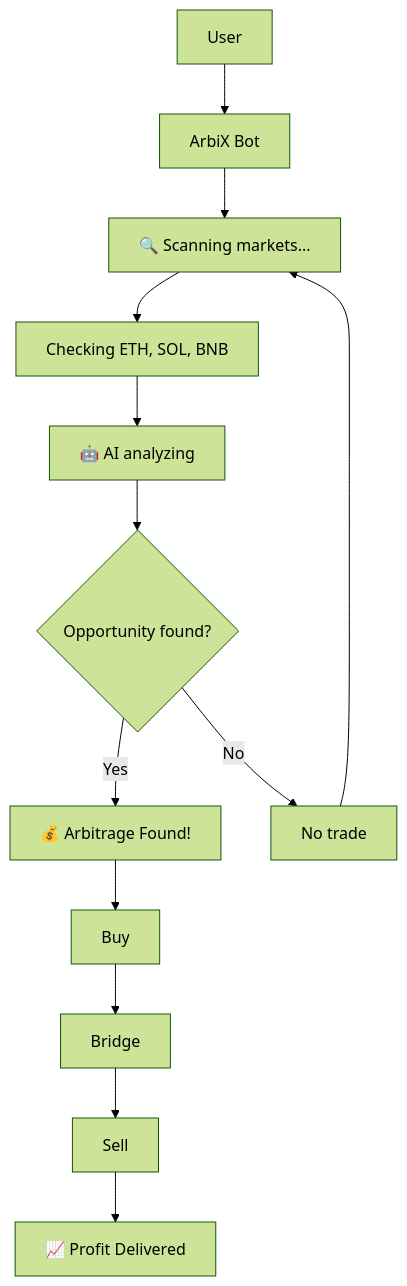
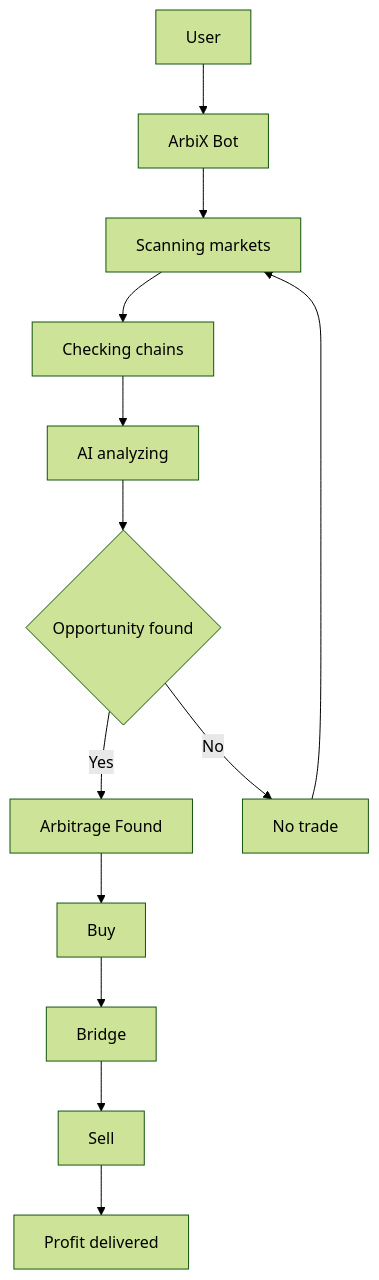
The fifth of 5 diagrams in README.md (Himanshujadhav2004/Arbix), drawn with Mermaid (forest theme) before and after one commit. The commit also changed other lines of this file, not shown here.

````diff
--- a/README.md
+++ b/README.md
@@ -180,22 +180,22 @@
 ```mermaid
 flowchart TD
     U[User] --> A[ArbiX Bot]
 
-    A --> B["🔍 Scanning markets..."]
-    B --> C["Checking ETH, SOL, BNB"]
+    A --> B[Scanning markets]
+    B --> C[Checking chains]
 
-    C --> D["🤖 AI analyzing"]
+    C --> D[AI analyzing]
 
-    D --> E{Opportunity found?}
+    D --> E{Opportunity found}
 
-    E -->|Yes| F["💰 Arbitrage Found!"]
-    E -->|No| G["No trade"]
+    E -->|Yes| F[Arbitrage Found]
+    E -->|No| G[No trade]
 
-    F --> H["Buy"]
-    H --> I["Bridge"]
-    I --> J["Sell"]
+    F --> H[Buy]
+    H --> I[Bridge]
+    I --> J[Sell]
 
-    J --> K["📈 Profit Delivered"]
+    J --> K[Profit delivered]
 
     G --> B
 ```
````
